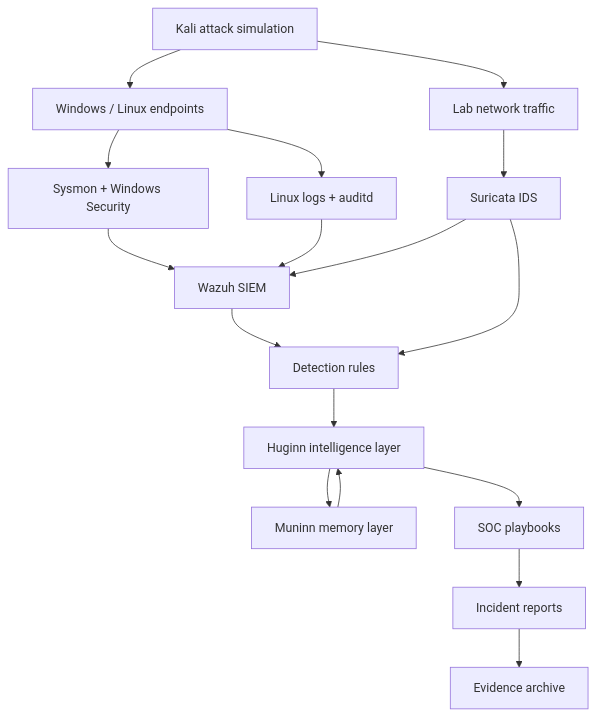
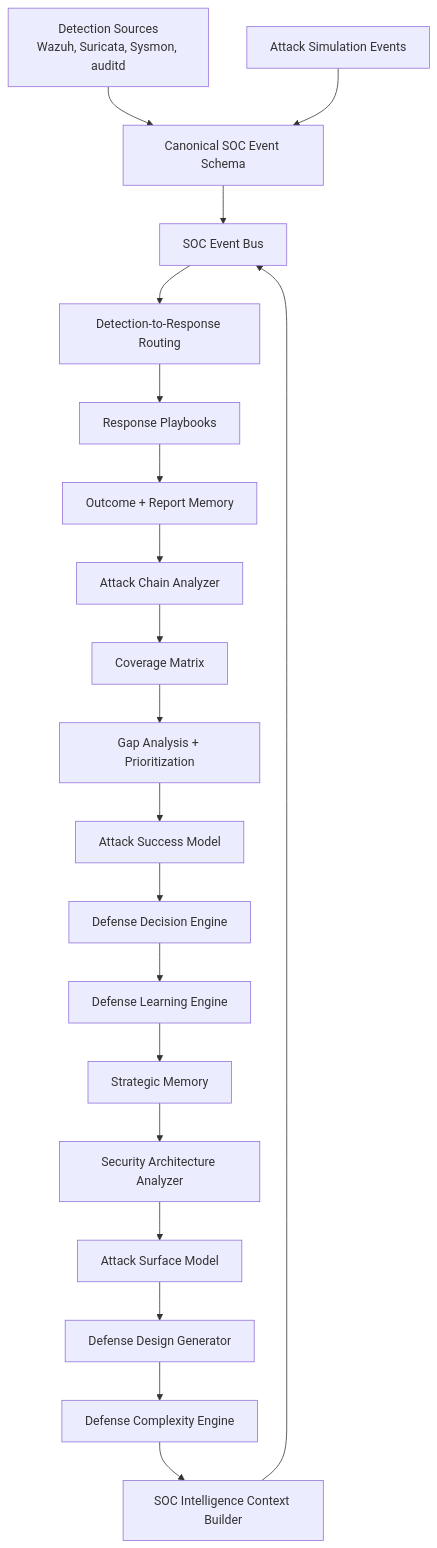
Before and after one commit to dacyborg87/huginn-munnin: the diagram in README.md, drawn with Mermaid. The commit also changed other lines of this file, not shown here.

````diff
--- a/README.md
+++ b/README.md
@@ -17,19 +17,22 @@
 ```mermaid
 flowchart TD
-  Kali["Kali attack simulation"] --> Endpoint["Windows / Linux endpoints"]
-  Kali --> Network["Lab network traffic"]
-  Endpoint --> Sysmon["Sysmon + Windows Security"]
-  Endpoint --> Auditd["Linux logs + auditd"]
-  Network --> Suricata["Suricata IDS"]
-  Sysmon --> Wazuh["Wazuh SIEM"]
-  Auditd --> Wazuh
-  Suricata --> Wazuh
-  Wazuh --> Detections["Detection rules"]
-  Suricata --> Detections
-  Detections --> Huginn["Huginn intelligence layer"]
-  Huginn --> Muninn["Muninn memory layer"]
-  Huginn --> Playbooks["SOC playbooks"]
-  Playbooks --> Reports["Incident reports"]
-  Reports --> Evidence["Evidence archive"]
-  Muninn --> Huginn
+  Sensors["Detection Sources<br/>Wazuh, Suricata, Sysmon, auditd"] --> Events["Canonical SOC Event Schema"]
+  Sim["Attack Simulation Events"] --> Events
+  Events --> Bus["SOC Event Bus"]
+  Bus --> Routing["Detection-to-Response Routing"]
+  Routing --> Playbooks["Response Playbooks"]
+  Playbooks --> Outcomes["Outcome + Report Memory"]
+  Outcomes --> Chain["Attack Chain Analyzer"]
+  Chain --> Coverage["Coverage Matrix"]
+  Coverage --> Gaps["Gap Analysis + Prioritization"]
+  Gaps --> Risk["Attack Success Model"]
+  Risk --> Defense["Defense Decision Engine"]
+  Defense --> Learning["Defense Learning Engine"]
+  Learning --> Memory["Strategic Memory"]
+  Memory --> Architecture["Security Architecture Analyzer"]
+  Architecture --> Surface["Attack Surface Model"]
+  Surface --> Design["Defense Design Generator"]
+  Design --> Complexity["Defense Complexity Engine"]
+  Complexity --> Context["SOC Intelligence Context Builder"]
+  Context --> Bus
 ```
````
